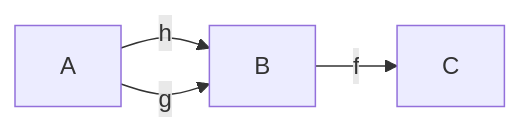
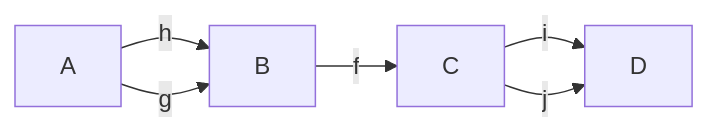
The first of 2 diagrams in Unidad 4/p4.md (AgustinRamiroDiaz/LCC-CM2), drawn with Mermaid before and after one commit. The commit also changed other lines of this file, not shown here.

````diff
--- a/Unidad 4/p4.md
+++ b/Unidad 4/p4.md
@@ -131,6 +131,8 @@
 ```mermaid
 graph LR;
     A-->|h|B
     A-->|g|B
     B-->|f|C
+    C-->|i|D
+    C-->|j|D
 ```
````
